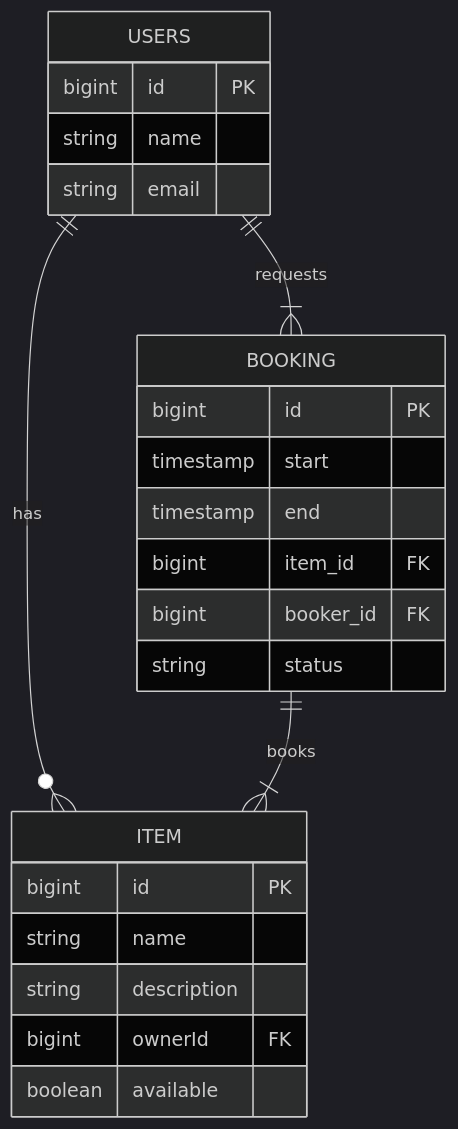
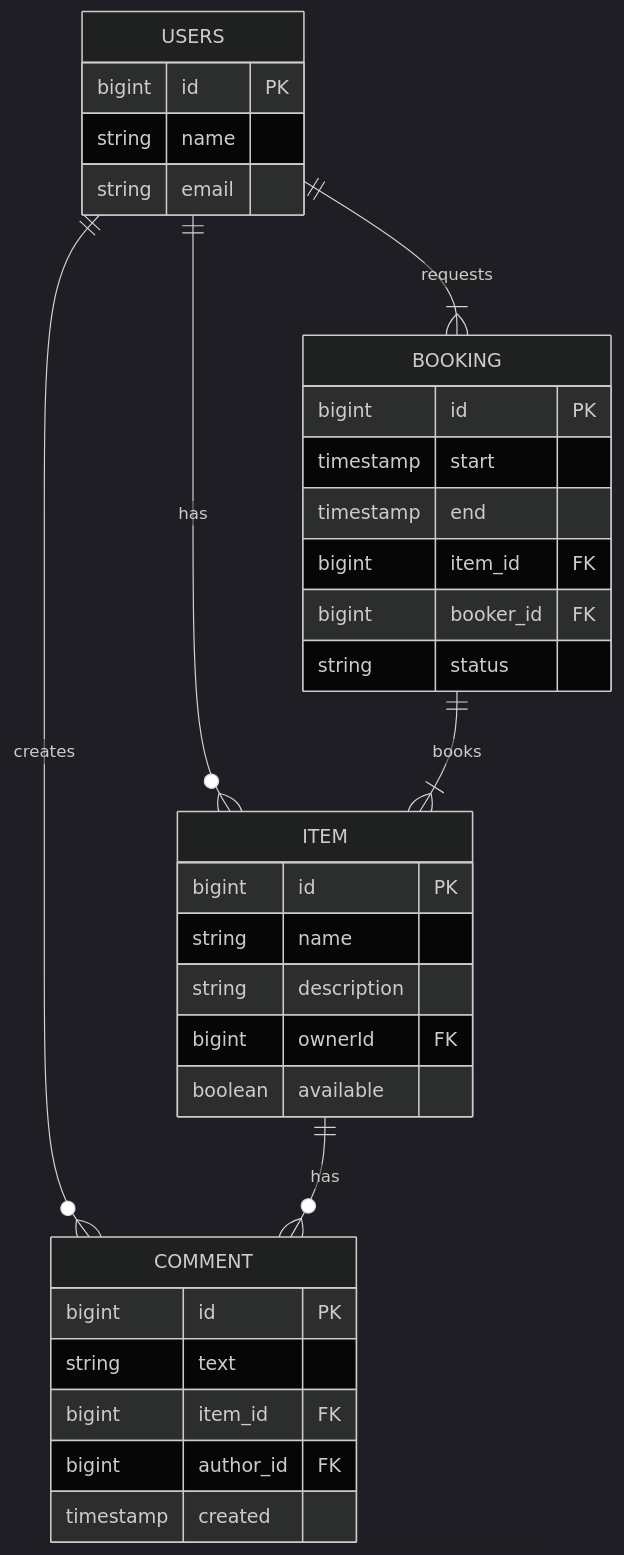
Before and after one commit to patonik/java-shareit: the diagram in README.md, drawn with Mermaid (dark theme). The commit also changed 18 other files, not shown here.

````diff
--- a/README.md
+++ b/README.md
@@ -6,26 +6,35 @@
 ```mermaid
 erDiagram
     USERS ||--o{ ITEM: has
     USERS ||--|{ BOOKING: requests
     BOOKING ||--|{ ITEM: books
+    USERS ||--o{ COMMENT: creates
+    ITEM ||--o{ COMMENT: has
     USERS {
         bigint id PK
         string name
         string email
     }
     ITEM {
         bigint id PK
         string name
         string description
         bigint ownerId FK
         boolean available
     }
     BOOKING {
         bigint id PK
         timestamp start
         timestamp end
         bigint item_id FK
         bigint booker_id FK
         string status
     }
+    COMMENT {
+        bigint id PK
+        string text
+        bigint item_id FK
+        bigint author_id FK
+        timestamp created
+    }
 ```
````
